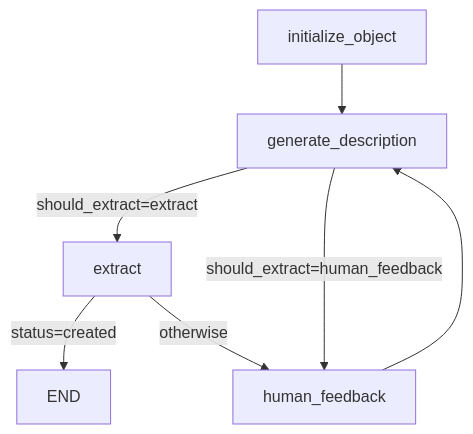
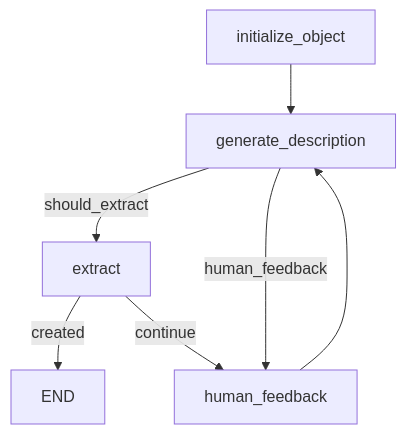
One commit to mary-el/storyteLLer changed the second of 2 diagrams in README.md. Above: the diagram before and after it, drawn with Mermaid. The commit also changed other lines of this file and 8 other files, not shown here.

````diff
--- a/README.md
+++ b/README.md
@@ -34,9 +45,9 @@
 ```mermaid
 flowchart TD
-    initialize_object --> generate_description
-    human_feedback --> generate_description
-    generate_description -->|should_extract=extract| extract
-    generate_description -->|should_extract=human_feedback| human_feedback
-    extract -->|status=created| END
-    extract -->|otherwise| human_feedback
+  initialize_object --> generate_description
+  human_feedback --> generate_description
+  generate_description -->|should_extract| extract
+  generate_description -->|human_feedback| human_feedback
+  extract -->|created| END
+  extract -->|continue| human_feedback
 ```
````
